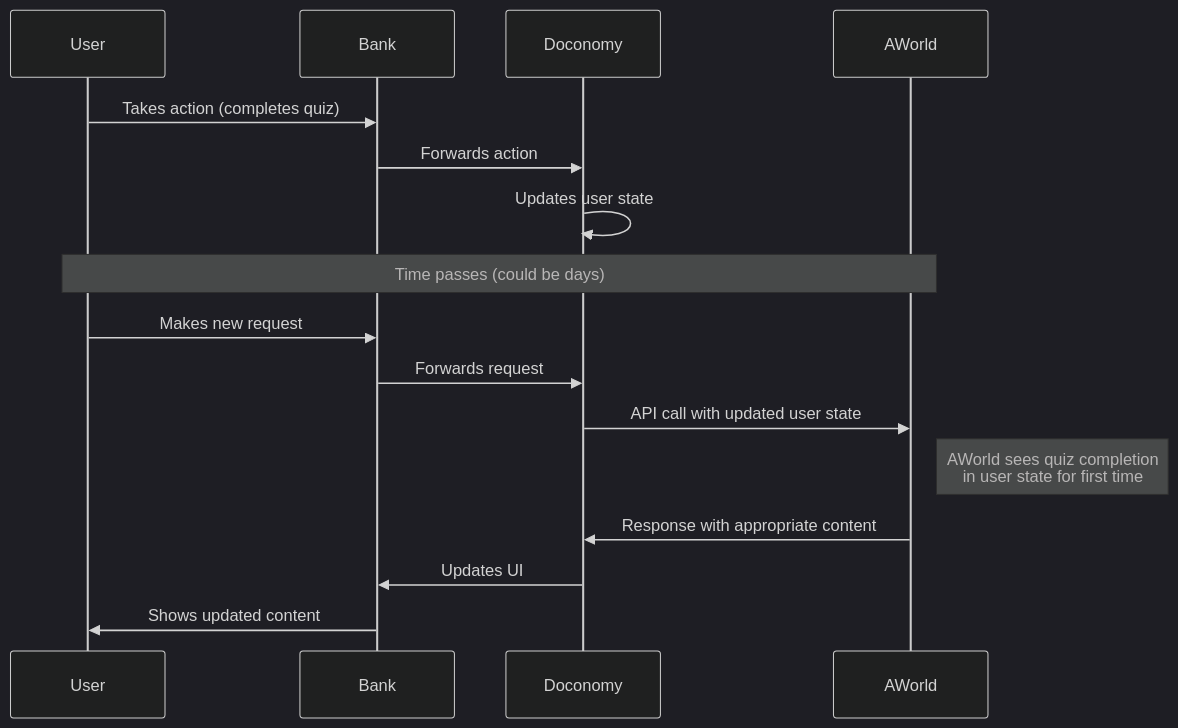
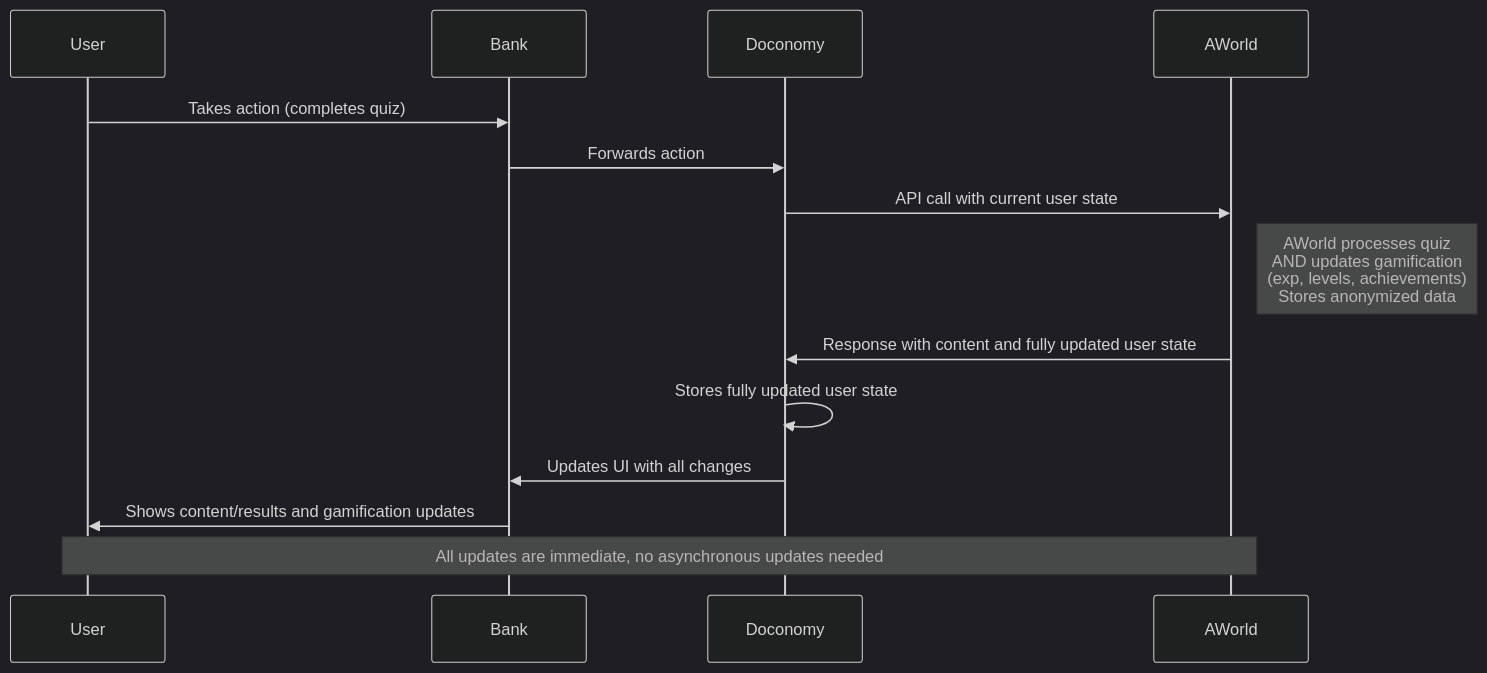
One commit to AWorldOrg/aworld-doconomy-integration-api changed the fourth of 6 diagrams in doconomy-aworld-integration-architecture.md. Above: the diagram before and after it, drawn with Mermaid (dark theme). The commit also changed other lines of this file, not shown here.

Commit message:
Update Doconomy-AWorld integration architecture: Highlight anonymized data storage, fix flow diagrams, and add Plan B for large content libraries

````diff
--- a/doconomy-aworld-integration-architecture.md
+++ b/doconomy-aworld-integration-architecture.md
@@ -138,21 +149,18 @@
 ```mermaid
 sequenceDiagram
     participant User
     participant Bank
     participant Doconomy
     participant AWorld
     
     User->>Bank: Takes action (completes quiz)
     Bank->>Doconomy: Forwards action
-    Doconomy->>Doconomy: Updates user state
+    Doconomy->>AWorld: API call with current user state
+    Note right of AWorld: AWorld processes quiz<br/>AND updates gamification<br/>(exp, levels, achievements)<br/>Stores anonymized data
+    AWorld->>Doconomy: Response with content and fully updated user state
+    Doconomy->>Doconomy: Stores fully updated user state
+    Doconomy->>Bank: Updates UI with all changes
+    Bank->>User: Shows content/results and gamification updates
     
-    Note over User,AWorld: Time passes (could be days)
-    
-    User->>Bank: Makes new request
-    Bank->>Doconomy: Forwards request
-    Doconomy->>AWorld: API call with updated user state
-    Note right of AWorld: AWorld sees quiz completion<br/>in user state for first time
-    AWorld->>Doconomy: Response with appropriate content
-    Doconomy->>Bank: Updates UI
-    Bank->>User: Shows updated content
+    Note over User,AWorld: All updates are immediate, no asynchronous updates needed
 ```
````
